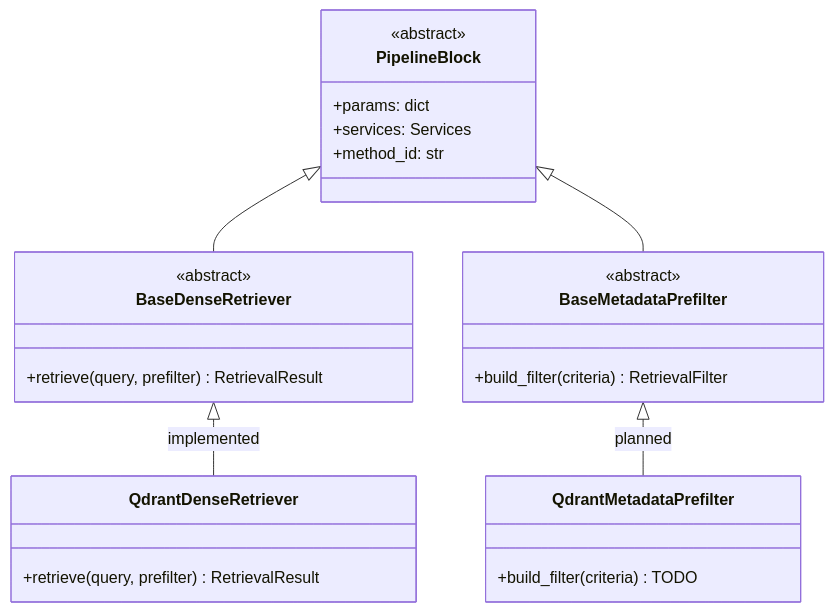
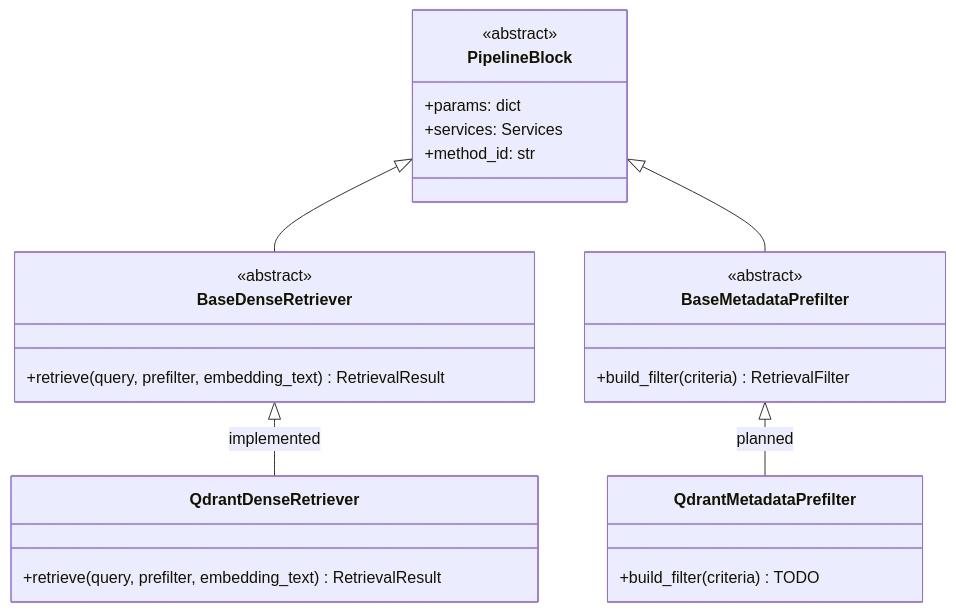
Before and after one commit to Jackson2706/RAG-Project-G5-HYU-E: the diagram in docs/03_ABSTRACT_CLASSES.md, drawn with Mermaid. The commit also changed other lines of this file and 86 other files, not shown here.

````diff
--- a/docs/03_ABSTRACT_CLASSES.md
+++ b/docs/03_ABSTRACT_CLASSES.md
@@ -125,27 +128,27 @@
 ```mermaid
 classDiagram
     class PipelineBlock {
         <<abstract>>
         +params: dict
         +services: Services
         +method_id: str
     }
     class BaseDenseRetriever {
         <<abstract>>
-        +retrieve(query, prefilter) RetrievalResult
+        +retrieve(query, prefilter, embedding_text) RetrievalResult
     }
     class QdrantDenseRetriever {
-        +retrieve(query, prefilter) RetrievalResult
+        +retrieve(query, prefilter, embedding_text) RetrievalResult
     }
     class BaseMetadataPrefilter {
         <<abstract>>
         +build_filter(criteria) RetrievalFilter
     }
     class QdrantMetadataPrefilter {
         +build_filter(criteria)  TODO
     }
     PipelineBlock <|-- BaseDenseRetriever
     PipelineBlock <|-- BaseMetadataPrefilter
     BaseDenseRetriever <|-- QdrantDenseRetriever : implemented
     BaseMetadataPrefilter <|-- QdrantMetadataPrefilter : planned
 ```
````
